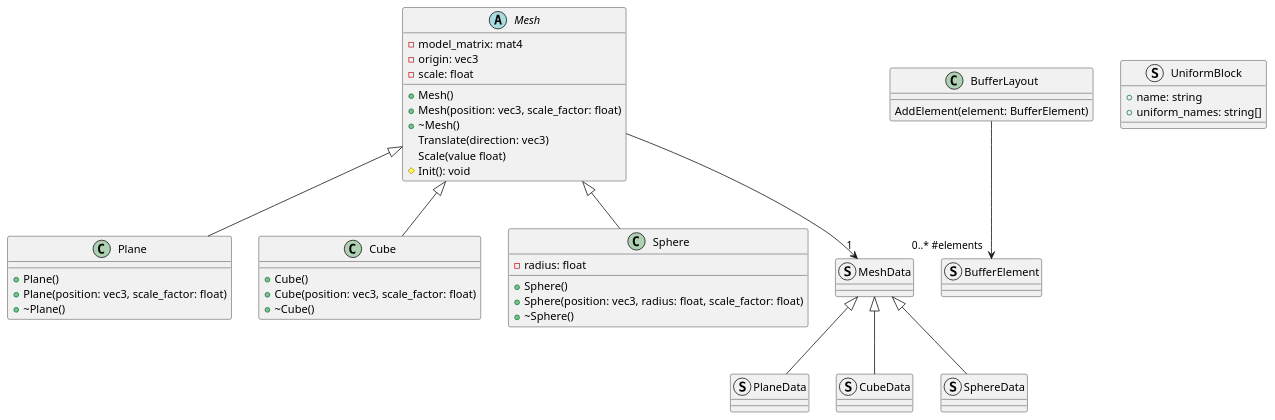
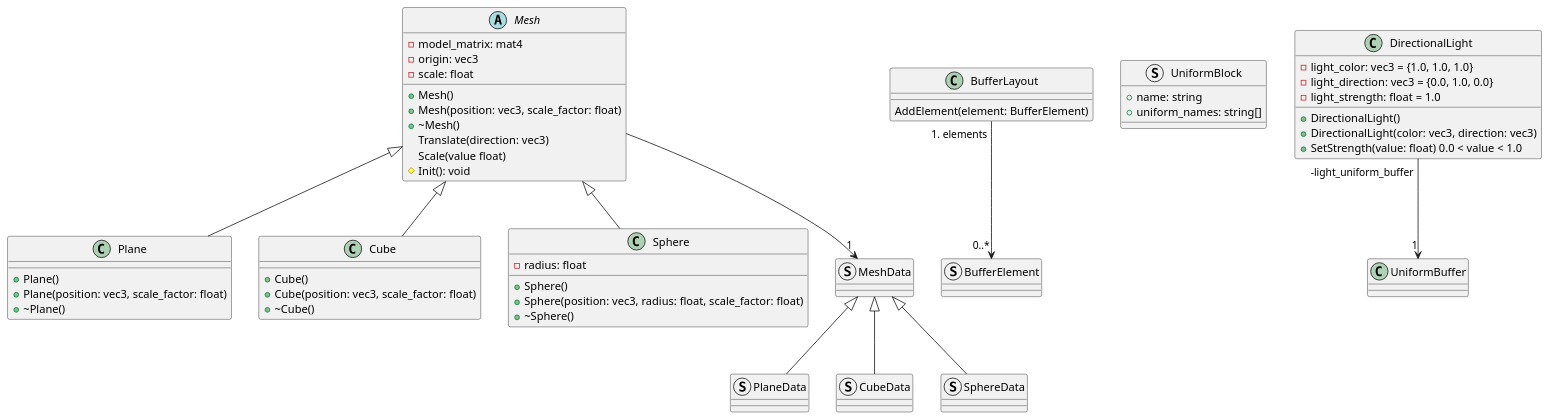
The diagram in docs/renderer/classes.puml (wolfel1/Raytracy), drawn with PlantUML before and after one commit. The commit also changed 3 other files, not shown here.

```diff
--- a/docs/renderer/classes.puml
+++ b/docs/renderer/classes.puml
@@ -1,56 +1,68 @@
 @startuml renderer_classes
 abstract Mesh
 Mesh : -model_matrix: mat4
 Mesh : -origin: vec3
 Mesh : -scale: float
 Mesh : +Mesh()
 Mesh : +Mesh(position: vec3, scale_factor: float)
 Mesh : +\~Mesh()
 Mesh : Translate(direction: vec3)
 Mesh : Scale(value float)
 Mesh : #Init(): void
 
 class Plane
 Plane : +Plane()
 Plane : +Plane(position: vec3, scale_factor: float)
 Plane : +\~Plane()
 
 class Cube
 Cube : +Cube()
 Cube : +Cube(position: vec3, scale_factor: float)
 Cube : +\~Cube()
 
 class Sphere
 Sphere : -radius: float
 Sphere : +Sphere()
 Sphere : +Sphere(position: vec3, radius: float, scale_factor: float)
 Sphere : +\~Sphere()
 
 struct MeshData
 
 struct PlaneData
 
 struct CubeData
 
 struct SphereData
 
 struct BufferElement
 
 class BufferLayout
 BufferLayout : AddElement(element: BufferElement)
 
 struct UniformBlock
 UniformBlock : +name: string
 UniformBlock : +uniform_names: string[]
 
-BufferLayout --> "0..* #elements" BufferElement
+BufferLayout "#elements" --> "0..*" BufferElement
+
+class UniformBuffer
+
+class DirectionalLight
+DirectionalLight : -light_color: vec3 = {1.0, 1.0, 1.0}
+DirectionalLight : -light_direction: vec3 = {0.0, 1.0, 0.0}
+DirectionalLight : -light_strength: float = 1.0
+DirectionalLight : +DirectionalLight()
+DirectionalLight : +DirectionalLight(color: vec3, direction: vec3)
+DirectionalLight : +SetStrength(value: float) 0.0 < value < 1.0
+
+DirectionalLight "-light_uniform_buffer" --> "1" UniformBuffer
 
 Mesh --> "1" MeshData
 MeshData <|-- PlaneData
 MeshData <|-- CubeData
 MeshData <|-- SphereData
 
 Mesh <|-- Plane
 Mesh <|-- Cube
 Mesh <|-- Sphere
 @enduml
```
